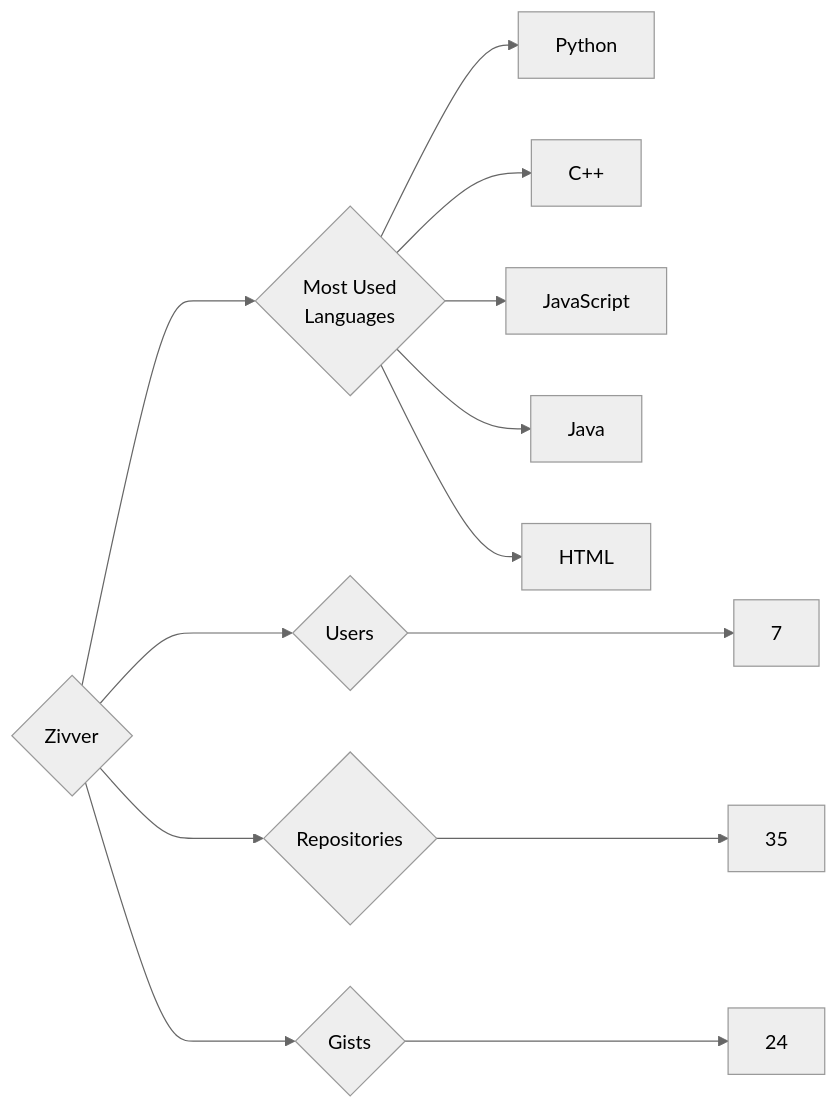
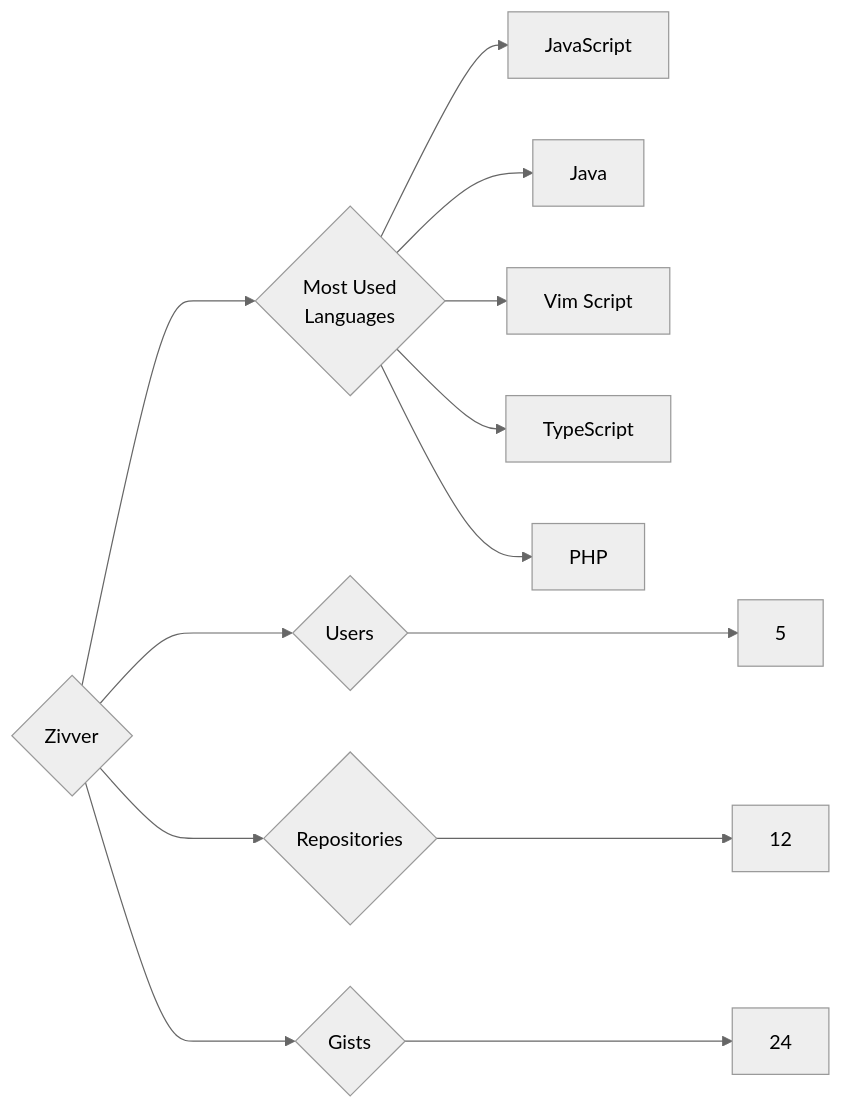
The diagram in targets/Zivver/README.md (trickest/insiders), drawn with Mermaid (neutral theme) before and after one commit. The commit also changed 1484 other files, not shown here.

````diff
--- a/targets/Zivver/README.md
+++ b/targets/Zivver/README.md
@@ -3,13 +3,13 @@
 ```mermaid
 graph LR
 COMPANY_NAME{Zivver}
-COMPANY_NAME ---> U{Users} ---> UN[7]
-COMPANY_NAME ---> R{Repositories} ---> RN[35]
+COMPANY_NAME ---> U{Users} ---> UN[5]
+COMPANY_NAME ---> R{Repositories} ---> RN[12]
 COMPANY_NAME ---> G{Gists} ---> GN[24]
 COMPANY_NAME ---> ML{Most Used<br>Languages}
-ML --> Python[Python]
-ML --> C++[C++]
 ML --> JavaScript[JavaScript]
 ML --> Java[Java]
-ML --> HTML[HTML]
+ML --> Vim_Script[Vim Script]
+ML --> TypeScript[TypeScript]
+ML --> PHP[PHP]
 ```
````
